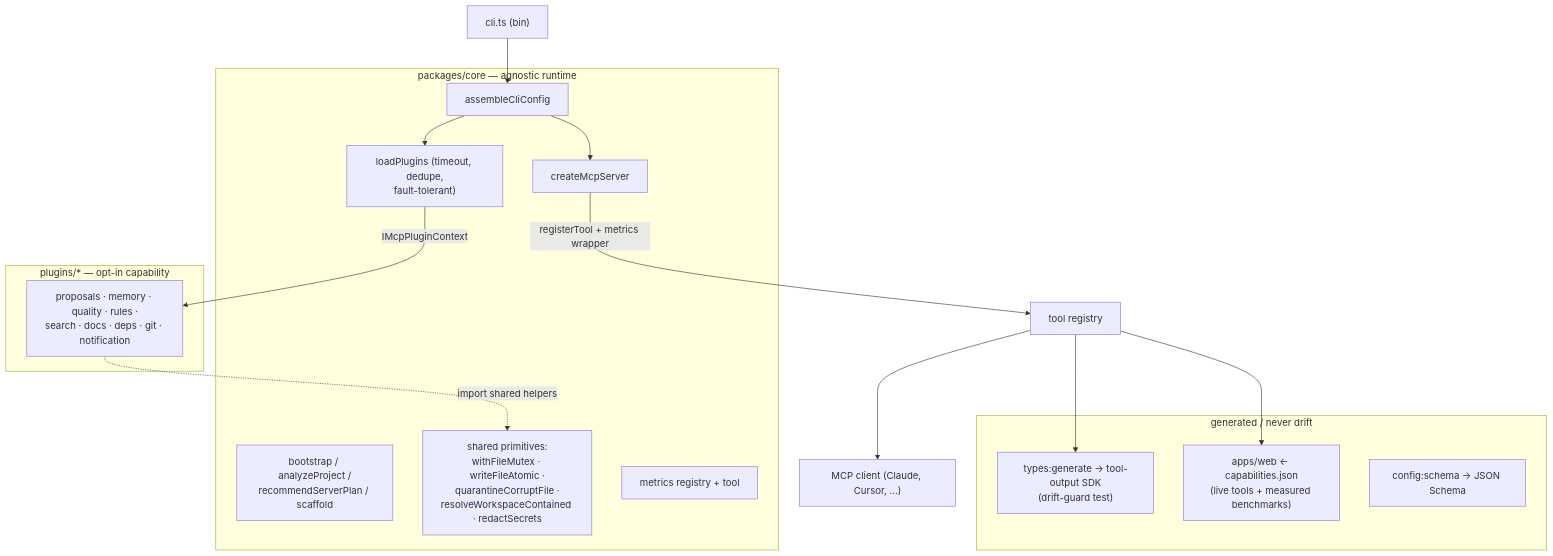
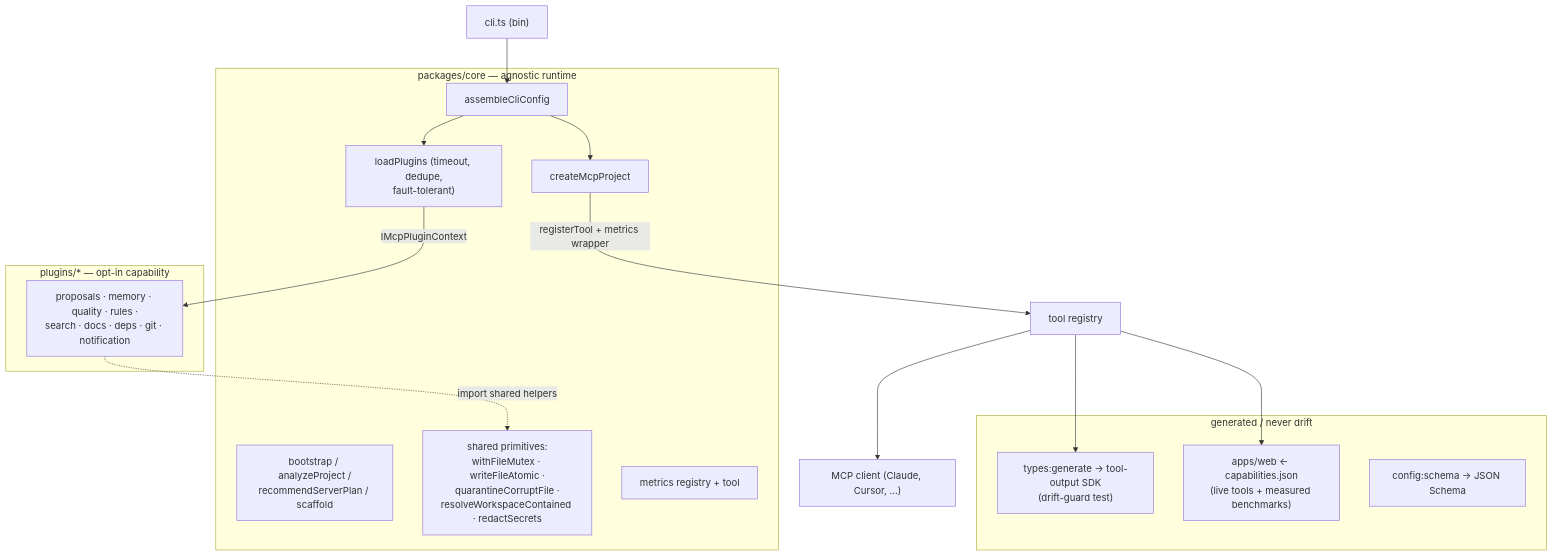
One commit to CartagoGit/DelendAI changed the diagram in docs/ARCHITECTURE.md. Above: the diagram before and after it, drawn with Mermaid. The commit also changed other lines of this file and 49 other files, not shown here.

````diff
--- a/docs/ARCHITECTURE.md
+++ b/docs/ARCHITECTURE.md
@@ -16,32 +16,32 @@
 ```mermaid
 graph TD
     CLI["cli.ts (bin)"] --> ASM["assembleCliConfig"]
     ASM --> LOAD["loadPlugins (timeout, dedupe,<br/>fault-tolerant)"]
-    ASM --> SRV["createMcpServer"]
+    ASM --> SRV["createMcpProject"]
     LOAD -->|"IMcpPluginContext"| PLUGINS
     SRV -->|"registerTool + metrics wrapper"| REG["tool registry"]
 
     subgraph core["packages/core — agnostic runtime"]
         ASM
         LOAD
         SRV
         BOOT["bootstrap / analyzeProject /<br/>recommendServerPlan / scaffold"]
         SHARED["shared primitives:<br/>withFileMutex · writeFileAtomic ·<br/>quarantineCorruptFile ·<br/>resolveWorkspaceContained · redactSecrets"]
         METRICS["metrics registry + tool"]
     end
 
     subgraph plugins["plugins/* — opt-in capability"]
         PLUGINS["proposals · memory · quality · rules ·<br/>search · docs · deps · git · notification"]
     end
 
     PLUGINS -.->|"import shared helpers"| SHARED
     REG --> CLIENT["MCP client (Claude, Cursor, …)"]
 
     subgraph derived["generated / never drift"]
         SDK["types:generate → tool-output SDK<br/>(drift-guard test)"]
         WEB["apps/web ← capabilities.json<br/>(live tools + measured benchmarks)"]
         SCHEMA["config:schema → JSON Schema"]
     end
     REG --> SDK
     REG --> WEB
 ```
````
